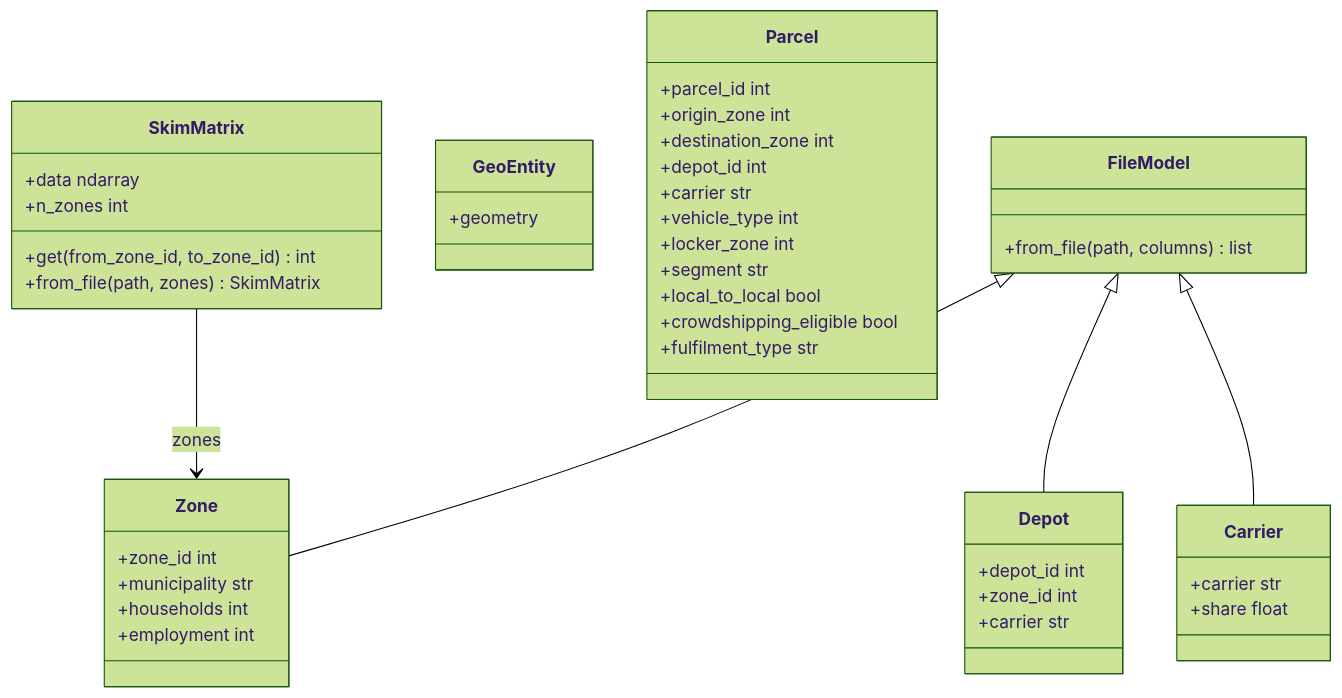
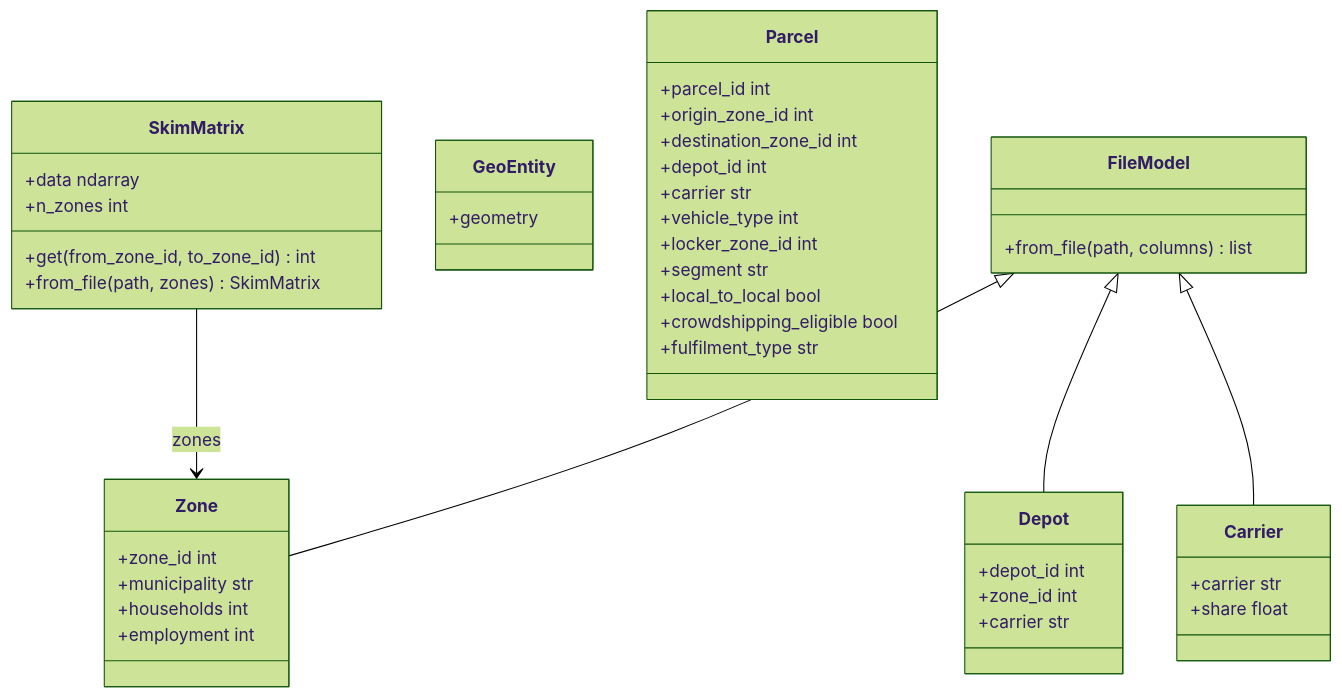
The diagram in README.md (hcubasd/urban-dollop), drawn with Mermaid (forest theme) before and after one commit.

Commit message:
Rename Parcel zone fields to *_id suffix
origin_zone → origin_zone_id, destination_zone → destination_zone_id,
locker_zone → locker_zone_id. Consistent with depot_id and Zone.zone_id;
makes it clear these are integer references, not nested objects.

````diff
--- a/README.md
+++ b/README.md
@@ -18,55 +18,55 @@
 ```mermaid
 classDiagram
     class FileModel {
         +from_file(path, columns) list
     }
 
     class GeoEntity {
         +geometry
     }
 
     class Zone {
         +zone_id int
         +municipality str
         +households int
         +employment int
     }
 
     class Carrier {
         +carrier str
         +share float
     }
 
     class Depot {
         +depot_id int
         +zone_id int
         +carrier str
     }
 
     class Parcel {
         +parcel_id int
-        +origin_zone int
-        +destination_zone int
+        +origin_zone_id int
+        +destination_zone_id int
         +depot_id int
         +carrier str
         +vehicle_type int
-        +locker_zone int
+        +locker_zone_id int
         +segment str
         +local_to_local bool
         +crowdshipping_eligible bool
         +fulfilment_type str
     }
 
     class SkimMatrix {
         +data ndarray
         +n_zones int
         +get(from_zone_id, to_zone_id) int
         +from_file(path, zones) SkimMatrix
     }
 
     FileModel <|-- Zone
     FileModel <|-- Depot
     FileModel <|-- Carrier
 
     SkimMatrix --> Zone : zones
 ```
````
